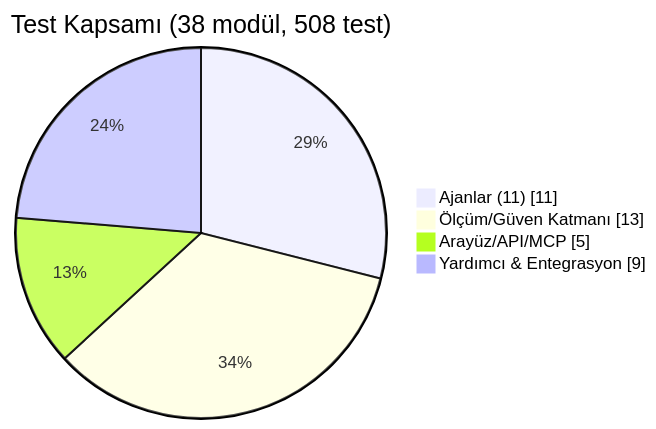
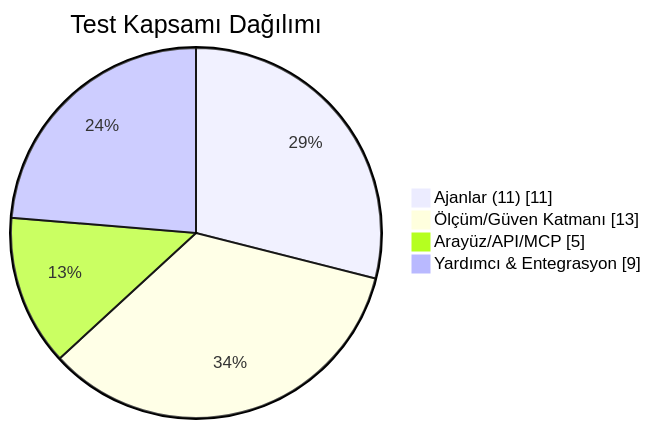
Before and after one commit to msgxr/teknofest-2026-kamu-evrak-akilli-ajan: diagram 23 of 28 in README.md, drawn with Mermaid. The commit also changed other lines of this file, not shown here.

First line of the commit message:
fix(beni-oku): GitHub'da render olmayan Mermaid diyagramlari duzeltildi

````diff
--- a/README.md
+++ b/README.md
@@ -1540,7 +1532,8 @@
 ```mermaid
-pie showData title Test Kapsamı (38 modül, 508 test)
+pie showData
+    title Test Kapsamı Dağılımı
     "Ajanlar (11)" : 11
     "Ölçüm/Güven Katmanı" : 13
     "Arayüz/API/MCP" : 5
     "Yardımcı & Entegrasyon" : 9
 ```
````
